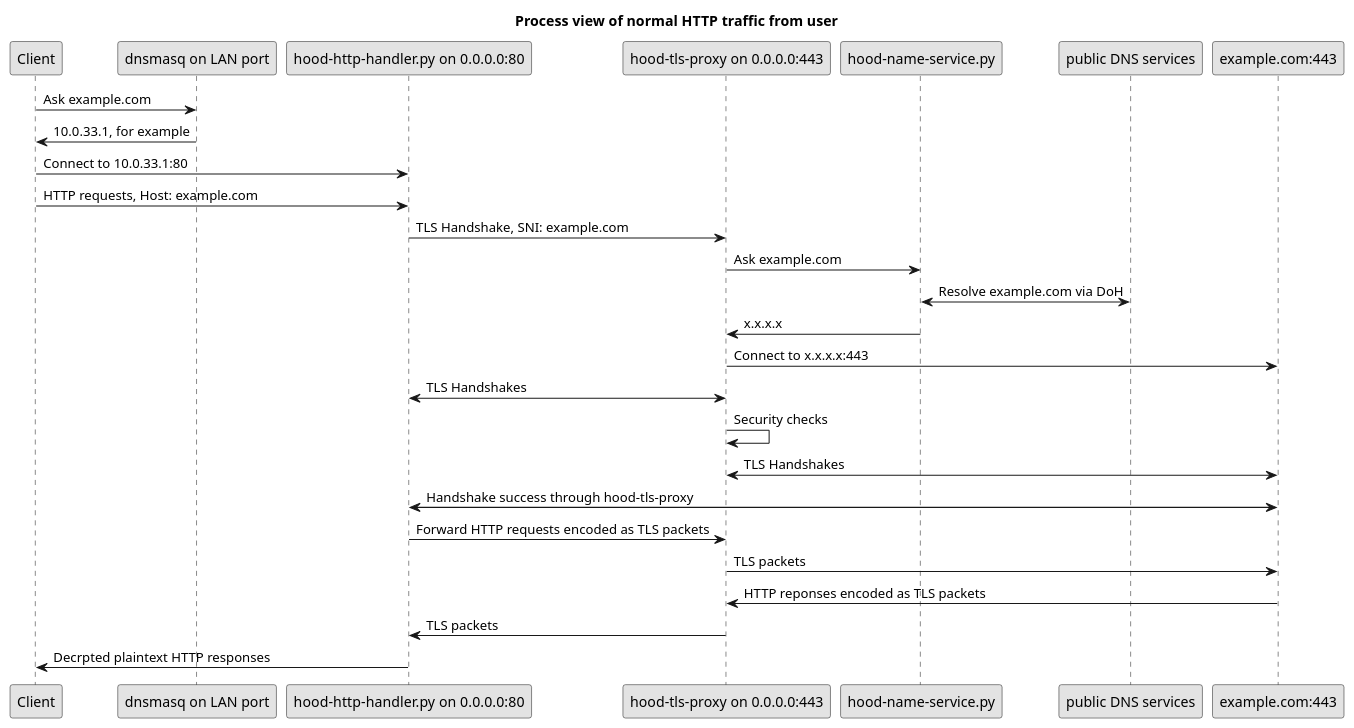
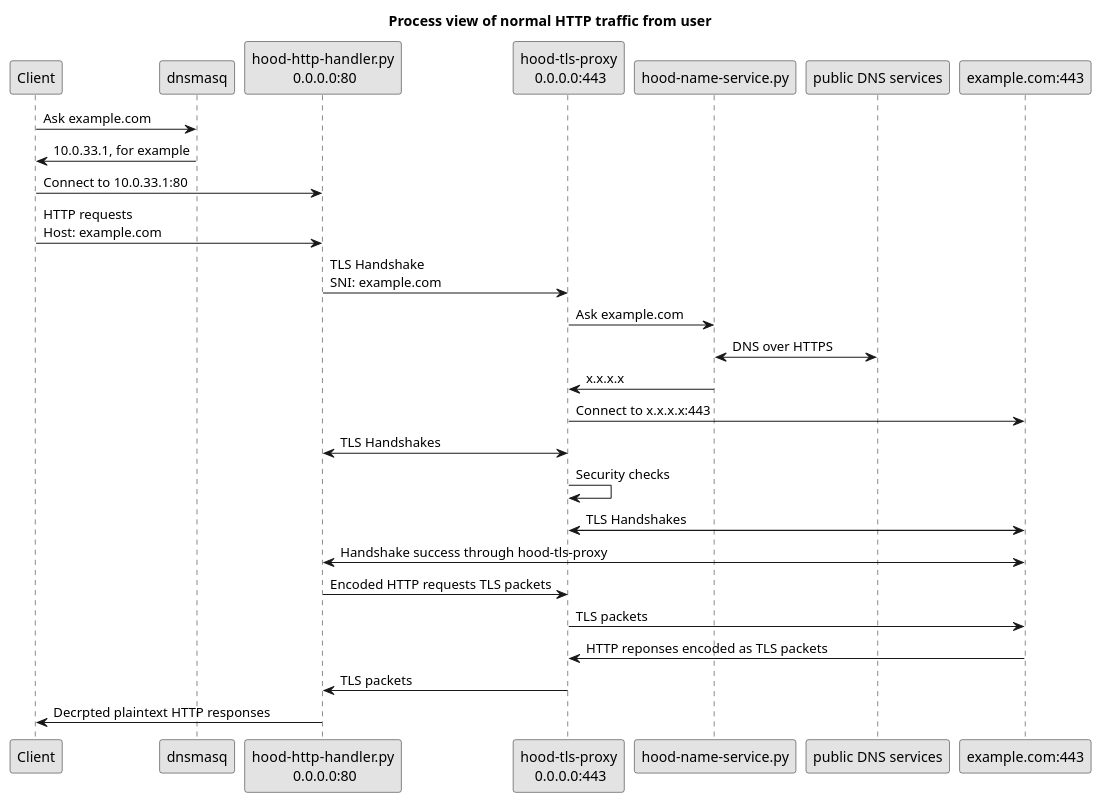
One commit to YongBinnnnnnnnnnnnnnnnnnnnnnnnnnnnnnnnn/hood changed the diagram in paper/graphics/puml/process-http-traffic.puml. Above: the diagram before and after it, drawn with PlantUML.

```diff
--- a/paper/graphics/puml/process-http-traffic.puml
+++ b/paper/graphics/puml/process-http-traffic.puml
@@ -1,38 +1,38 @@
 @startuml
 
 skinparam monochrome true
 skinparam shadowing false
 skinparam defaultFontName Arial
 skinparam componentStyle rectangle
 
 title Process view of normal HTTP traffic from user
 
 participant "Client" as CLIENT
-participant "dnsmasq on LAN port" as DNSLAN
-participant "hood-http-handler.py on 0.0.0.0:80" as HOODHTTP
-participant "hood-tls-proxy on 0.0.0.0:443" as HOODTLS
+participant "dnsmasq" as DNSLAN
+participant "hood-http-handler.py\n 0.0.0.0:80" as HOODHTTP
+participant "hood-tls-proxy\n 0.0.0.0:443" as HOODTLS
 participant "hood-name-service.py" as HOODNAME
 participant "public DNS services" as PUBDNS
 participant "example.com:443" as HTTP
 
 CLIENT -> DNSLAN: Ask example.com
 DNSLAN -> CLIENT: 10.0.33.1, for example
 CLIENT -> HOODHTTP: Connect to 10.0.33.1:80
-CLIENT -> HOODHTTP: HTTP requests, Host: example.com
-HOODHTTP -> HOODTLS: TLS Handshake, SNI: example.com
+CLIENT -> HOODHTTP: HTTP requests\nHost: example.com
+HOODHTTP -> HOODTLS: TLS Handshake\nSNI: example.com
 HOODTLS -> HOODNAME: Ask example.com
-HOODNAME <-> PUBDNS: Resolve example.com via DoH
+HOODNAME <-> PUBDNS: DNS over HTTPS
 HOODNAME -> HOODTLS: x.x.x.x
 HOODTLS -> HTTP: Connect to x.x.x.x:443
 HOODTLS <-> HOODHTTP: TLS Handshakes
 HOODTLS -> HOODTLS: Security checks
 HOODTLS <-> HTTP: TLS Handshakes
 HOODHTTP <-> HTTP: Handshake success through hood-tls-proxy
-HOODHTTP -> HOODTLS: Forward HTTP requests encoded as TLS packets
+HOODHTTP -> HOODTLS: Encoded HTTP requests TLS packets
 HOODTLS -> HTTP: TLS packets
 HTTP -> HOODTLS: HTTP reponses encoded as TLS packets
 HOODTLS -> HOODHTTP: TLS packets
 HOODHTTP -> CLIENT: Decrpted plaintext HTTP responses
 
 
 @enduml
```
